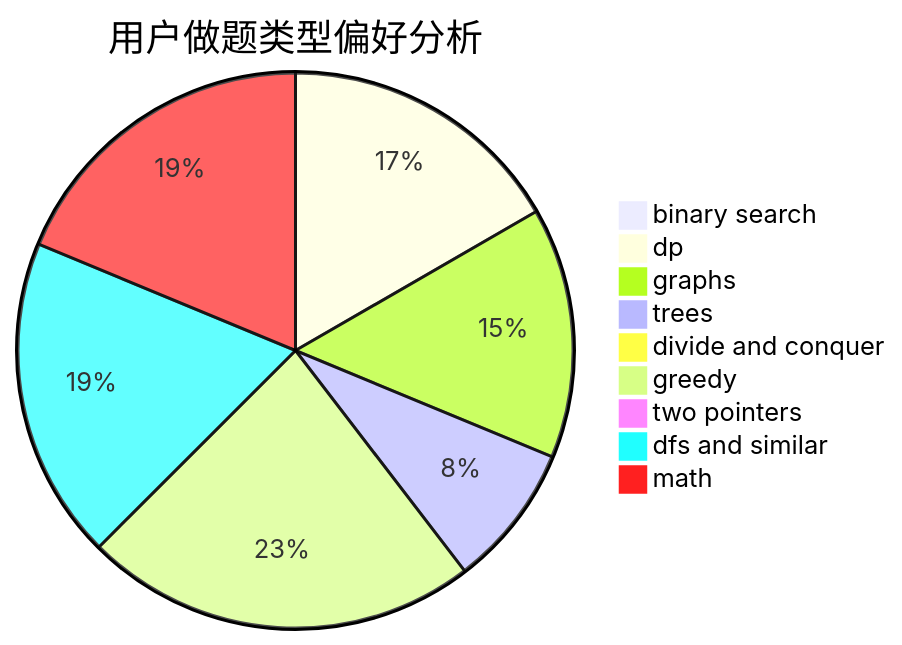
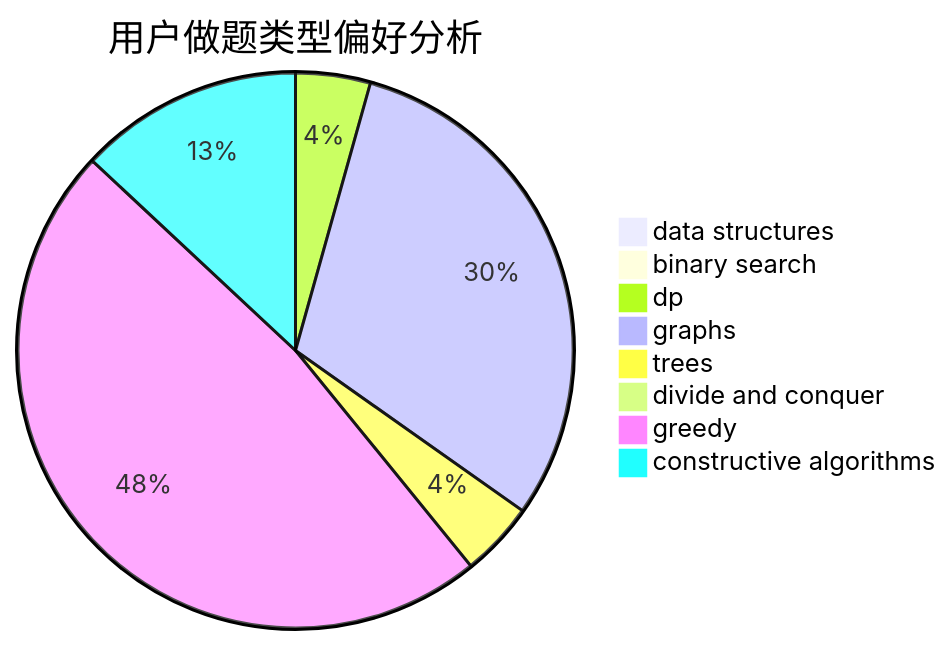
The second of 3 diagrams in docs/user/u2378.md (sherpahu/cfrs.github.io), drawn with Mermaid before and after one commit. The commit also changed other lines of this file and 2775 other files, not shown here.

````diff
--- a/docs/user/u2378.md
+++ b/docs/user/u2378.md
@@ -23,12 +23,11 @@
 ```mermaid
 pie title 用户做题类型偏好分析
+    "data structures" :  0
     "binary search" :  0
-    "dp" :  8
+    "dp" :  1
     "graphs" :  7
-    "trees" :  4
+    "trees" :  1
     "divide and conquer" :  0
     "greedy" :  11
-    "two pointers" :  0
-    "dfs and similar" :  9
-    "math" :  9
+    "constructive algorithms" :  3
 ```
````
